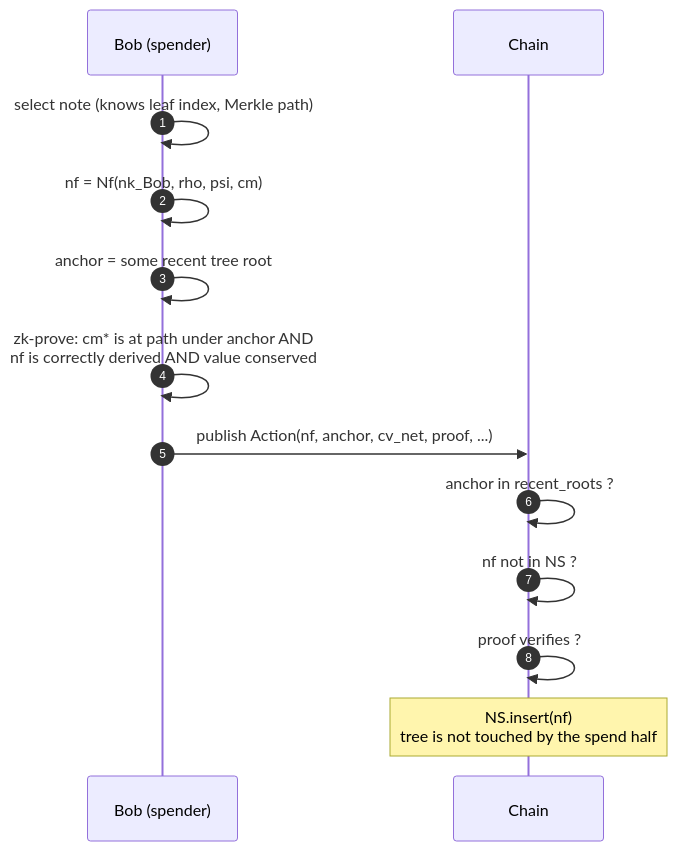
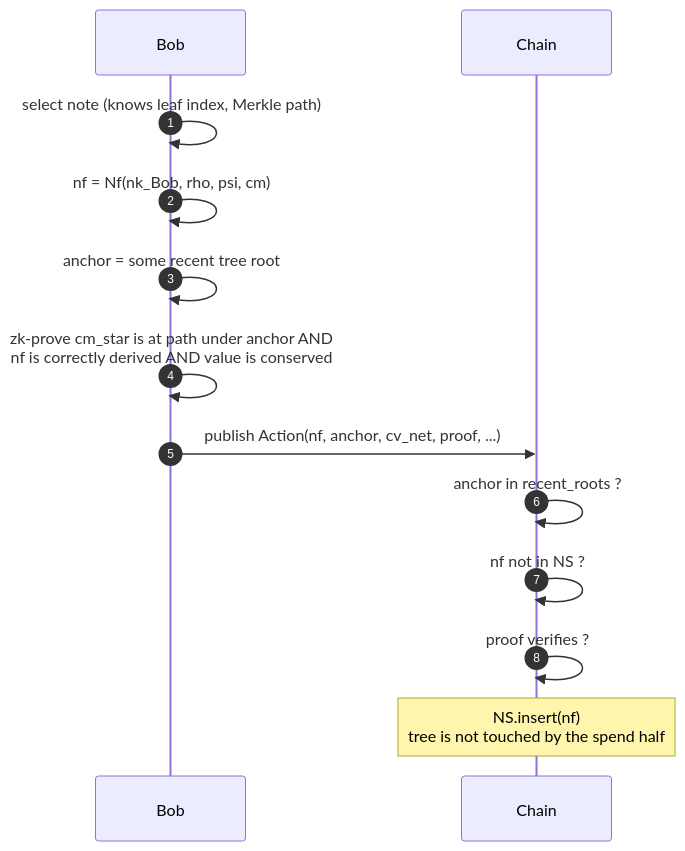
The fourth of 5 diagrams in onboarding/docs/protocol-lineage.md (zcash/orchard), drawn with Mermaid before and after one commit. The commit also changed other lines of this file, not shown here.

First line of the commit message:
docs(onboarding): fix mermaid sequence diagram parse errors

````diff
--- a/onboarding/docs/protocol-lineage.md
+++ b/onboarding/docs/protocol-lineage.md
@@ -647,15 +647,15 @@
 ```mermaid
 sequenceDiagram
   autonumber
-  participant B as Bob (spender)
-  participant C as Chain
-  B->>B: select note (knows leaf index, Merkle path)
-  B->>B: nf = Nf(nk_Bob, rho, psi, cm)
-  B->>B: anchor = some recent tree root
-  B->>B: zk-prove: cm* is at path under anchor AND<br/>nf is correctly derived AND value conserved
-  B->>C: publish Action(nf, anchor, cv_net, proof, ...)
-  C->>C: anchor in recent_roots ?
-  C->>C: nf not in NS ?
-  C->>C: proof verifies ?
-  Note over C: NS.insert(nf)<br/>tree is not touched by the spend half
+  participant Bob
+  participant Chain
+  Bob->>Bob: select note (knows leaf index, Merkle path)
+  Bob->>Bob: nf = Nf(nk_Bob, rho, psi, cm)
+  Bob->>Bob: anchor = some recent tree root
+  Bob->>Bob: zk-prove cm_star is at path under anchor AND<br/>nf is correctly derived AND value is conserved
+  Bob->>Chain: publish Action(nf, anchor, cv_net, proof, ...)
+  Chain->>Chain: anchor in recent_roots ?
+  Chain->>Chain: nf not in NS ?
+  Chain->>Chain: proof verifies ?
+  Note over Chain: NS.insert(nf)<br/>tree is not touched by the spend half
 ```
````
